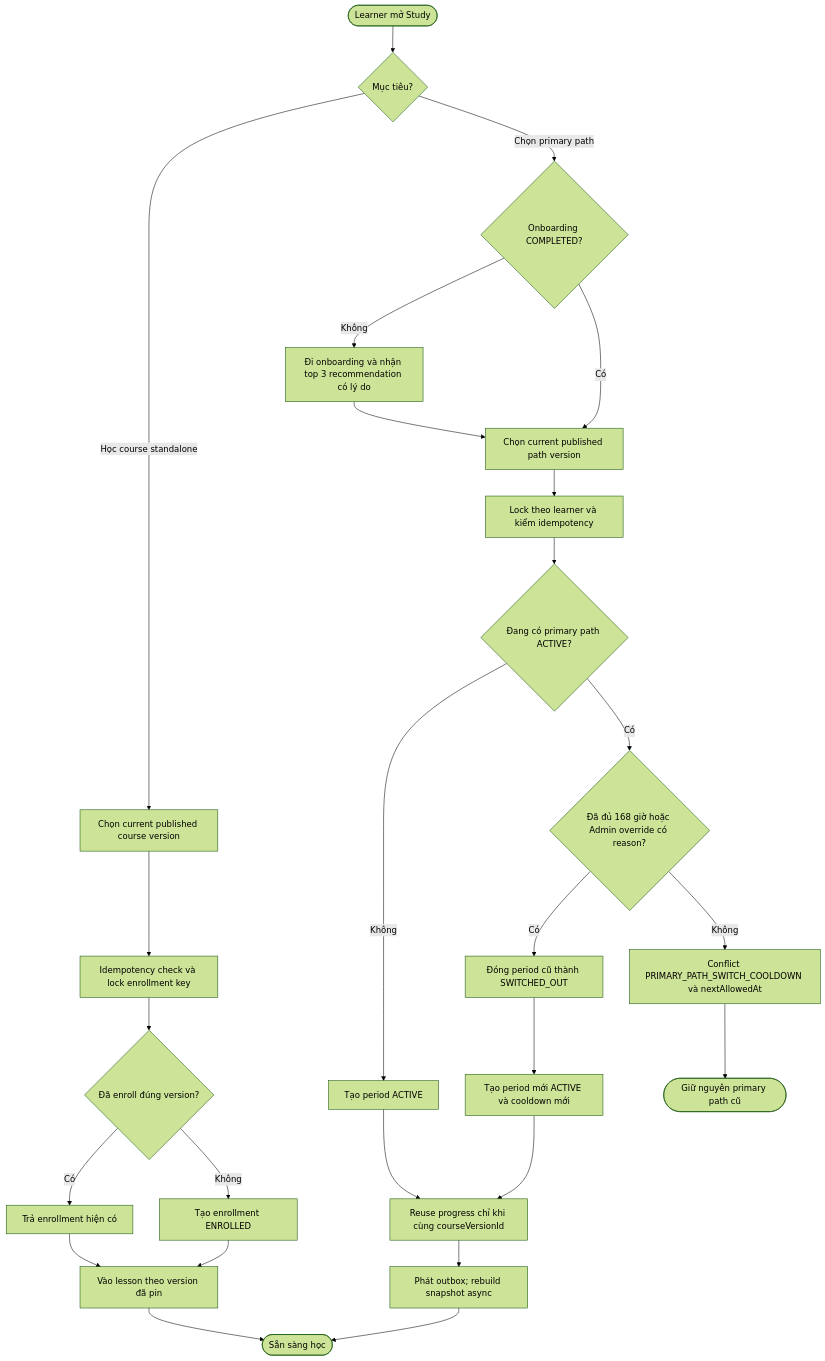
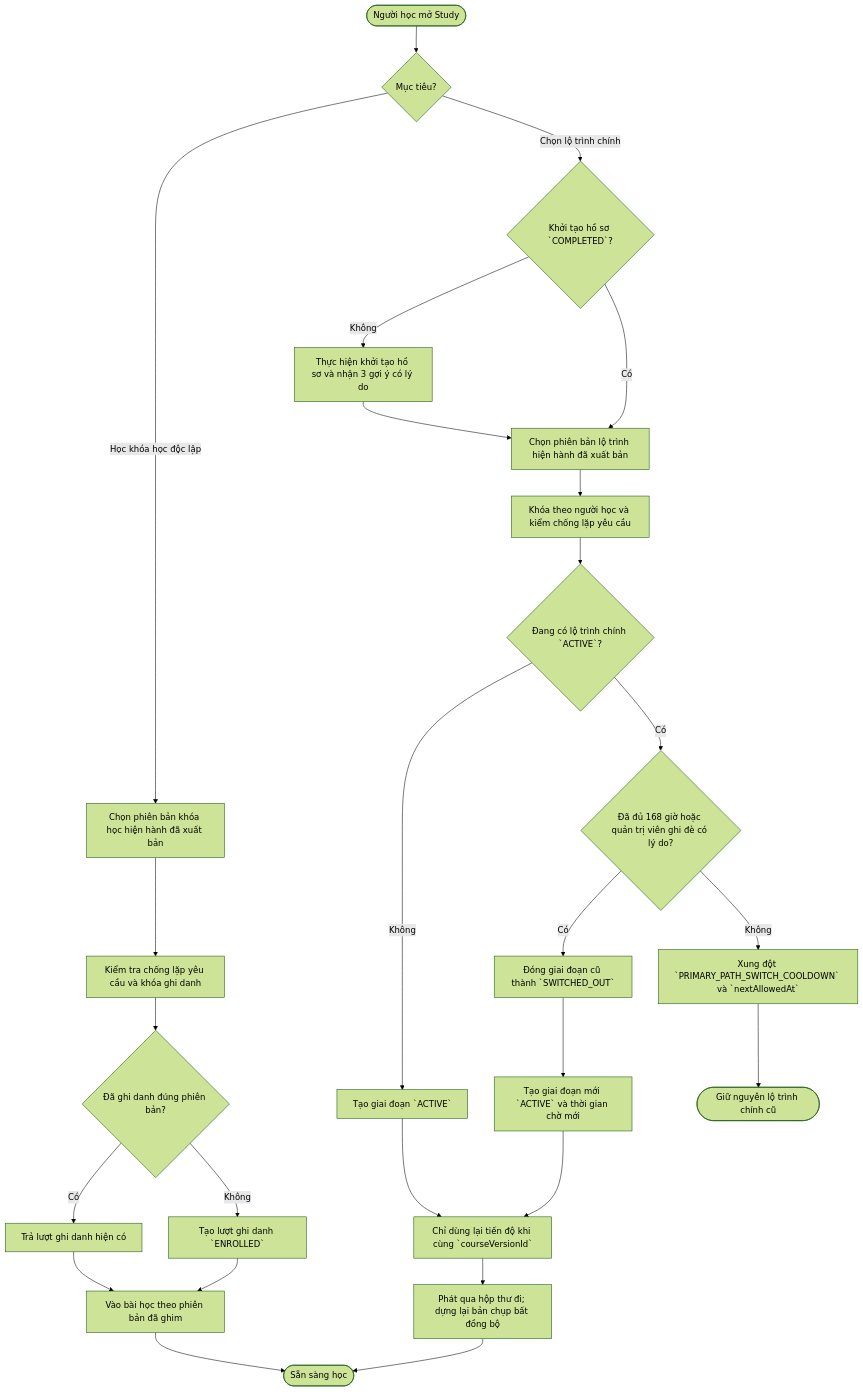
The ninth of 47 diagrams in docs/BD/02_BIEU_DO_HE_THONG.md (daovanhung-dev/Study2Work), drawn with Mermaid (forest theme) before and after one commit. The commit also changed other lines of this file and 2295 other files, not shown here.

````diff
--- a/docs/BD/02_BIEU_DO_HE_THONG.md
+++ b/docs/BD/02_BIEU_DO_HE_THONG.md
@@ -387,28 +387,28 @@
 ```mermaid
 flowchart TD
-    A([Learner mở Study]) --> B{Mục tiêu?}
-    B -- Học course standalone --> C[Chọn current published course version]
-    C --> D[Idempotency check và lock enrollment key]
-    D --> E{Đã enroll đúng version?}
-    E -- Có --> F[Trả enrollment hiện có]
-    E -- Không --> G[Tạo enrollment ENROLLED]
-    F --> H[Vào lesson theo version đã pin]
+    A([Người học mở Study]) --> B{Mục tiêu?}
+    B -- Học khóa học độc lập --> C[Chọn phiên bản khóa học hiện hành đã xuất bản]
+    C --> D[Kiểm tra chống lặp yêu cầu và khóa ghi danh]
+    D --> E{Đã ghi danh đúng phiên bản?}
+    E -- Có --> F[Trả lượt ghi danh hiện có]
+    E -- Không --> G[Tạo lượt ghi danh `ENROLLED`]
+    F --> H[Vào bài học theo phiên bản đã ghim]
     G --> H
-    B -- Chọn primary path --> I{Onboarding COMPLETED?}
-    I -- Không --> J[Đi onboarding và nhận top 3 recommendation có lý do]
-    J --> K[Chọn current published path version]
+    B -- Chọn lộ trình chính --> I{Khởi tạo hồ sơ `COMPLETED`?}
+    I -- Không --> J[Thực hiện khởi tạo hồ sơ và nhận 3 gợi ý có lý do]
+    J --> K[Chọn phiên bản lộ trình hiện hành đã xuất bản]
     I -- Có --> K
-    K --> L[Lock theo learner và kiểm idempotency]
-    L --> M{Đang có primary path ACTIVE?}
-    M -- Không --> N[Tạo period ACTIVE]
-    M -- Có --> O{Đã đủ 168 giờ hoặc Admin override có reason?}
-    O -- Không --> P[Conflict PRIMARY_PATH_SWITCH_COOLDOWN và nextAllowedAt]
-    O -- Có --> Q[Đóng period cũ thành SWITCHED_OUT]
-    Q --> R[Tạo period mới ACTIVE và cooldown mới]
-    N --> S[Reuse progress chỉ khi cùng courseVersionId]
+    K --> L[Khóa theo người học và kiểm chống lặp yêu cầu]
+    L --> M{Đang có lộ trình chính `ACTIVE`?}
+    M -- Không --> N[Tạo giai đoạn `ACTIVE`]
+    M -- Có --> O{Đã đủ 168 giờ hoặc quản trị viên ghi đè có lý do?}
+    O -- Không --> P[Xung đột `PRIMARY_PATH_SWITCH_COOLDOWN` và `nextAllowedAt`]
+    O -- Có --> Q[Đóng giai đoạn cũ thành `SWITCHED_OUT`]
+    Q --> R[Tạo giai đoạn mới `ACTIVE` và thời gian chờ mới]
+    N --> S[Chỉ dùng lại tiến độ khi cùng `courseVersionId`]
     R --> S
-    S --> T[Phát outbox; rebuild snapshot async]
+    S --> T[Phát qua hộp thư đi; dựng lại bản chụp bất đồng bộ]
     H --> U([Sẵn sàng học])
     T --> U
-    P --> V([Giữ nguyên primary path cũ])
+    P --> V([Giữ nguyên lộ trình chính cũ])
 ```
````
